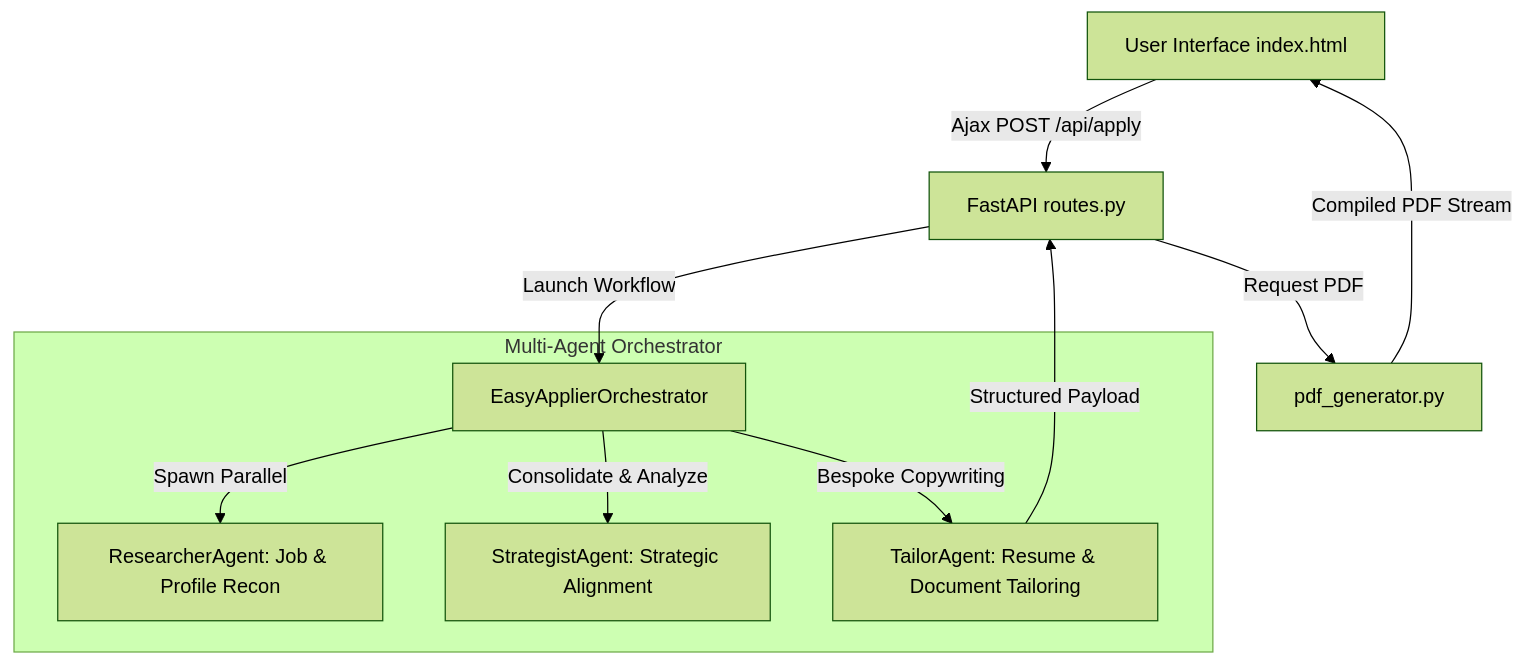
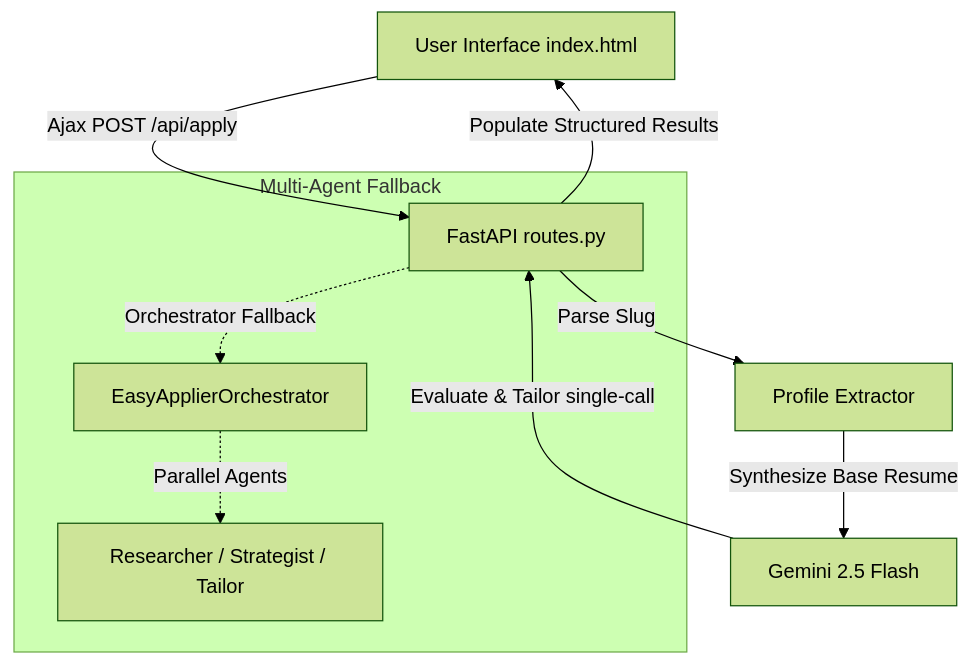
Before and after one commit to whatsgooglyKP/working-submission-July-Hackathon1: the diagram in README.md, drawn with Mermaid (forest theme). The commit also changed other lines of this file and 6 other files, not shown here.

Commit message:
feat: upgrade EasyApplier with multi-dimensional ATS scoring, dynamic LinkedIn resume synthesis, and premium glassmorphic visual dashboard

````diff
--- a/README.md
+++ b/README.md
@@ -19,15 +44,14 @@
 ```mermaid
 graph TD
     User[User Interface index.html] -->|Ajax POST /api/apply| API[FastAPI routes.py]
-    API -->|Launch Workflow| Orch[EasyApplierOrchestrator]
+    API -->|Parse Slug| Ext[Profile Extractor]
+    Ext -->|Synthesize Base Resume| Gemini[Gemini 2.5 Flash]
+    Gemini -->|Evaluate & Tailor single-call| API
     
-    subgraph Multi-Agent Orchestrator
-        Orch -->|Spawn Parallel| Agent1[ResearcherAgent: Job & Profile Recon]
-        Orch -->|Consolidate & Analyze| Agent2[StrategistAgent: Strategic Alignment]
-        Orch -->|Bespoke Copywriting| Agent3[TailorAgent: Resume & Document Tailoring]
+    subgraph Multi-Agent Fallback
+        API -.->|Orchestrator Fallback| Orch[EasyApplierOrchestrator]
+        Orch -.->|Parallel Agents| Res[Researcher / Strategist / Tailor]
     end
     
-    Agent3 -->|Structured Payload| API
-    API -->|Request PDF| Gen[pdf_generator.py]
-    Gen -->|Compiled PDF Stream| User
+    API -->|Populate Structured Results| User
 ```
````
